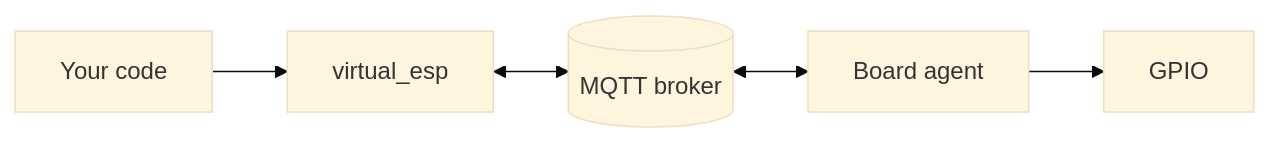
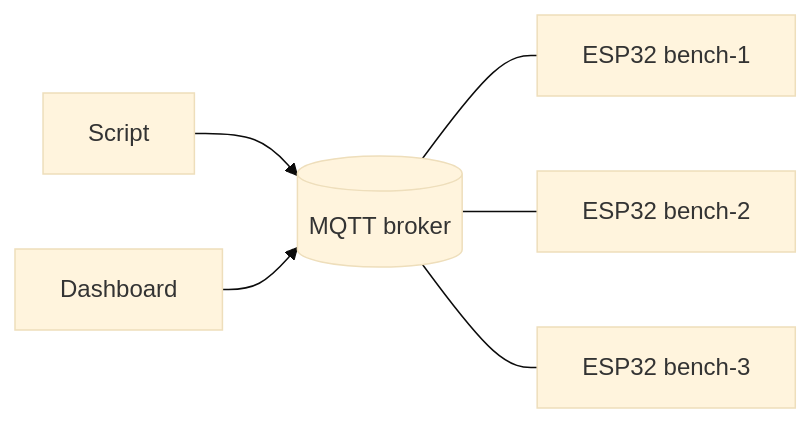
One commit to arshnooramin/espswarm changed the diagram in README.md. Above: the diagram before and after it, drawn with Mermaid (base theme). The commit also changed other lines of this file and 7 other files, not shown here.

````diff
--- a/README.md
+++ b/README.md
@@ -6,7 +5,8 @@
 ```mermaid
 flowchart LR
-    App[Your code] --> Lib[virtual_esp]
-    Lib <--> Broker[(MQTT broker)]
-    Broker <--> Agent[Board agent]
-    Agent --> Pins[GPIO]
+    S[Script] --> Broker[(MQTT broker)]
+    D[Dashboard] --> Broker
+    Broker --- B1[ESP32 bench-1]
+    Broker --- B2[ESP32 bench-2]
+    Broker --- B3[ESP32 bench-3]
 ```
````
